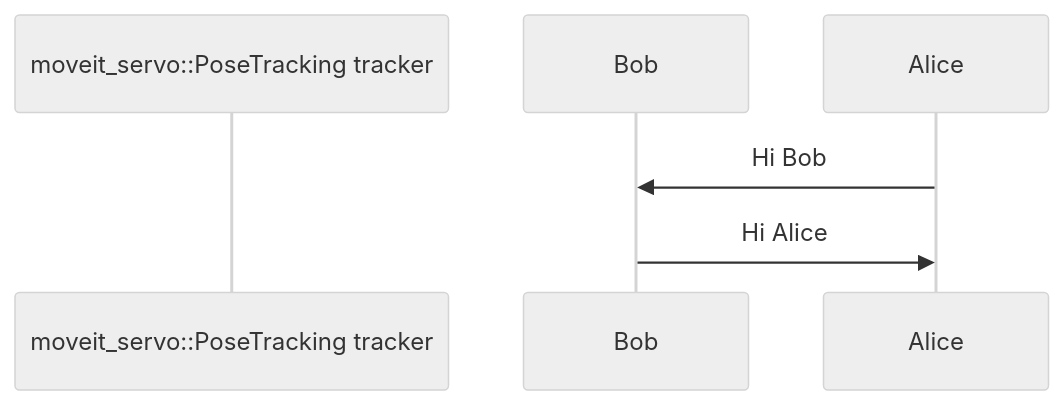
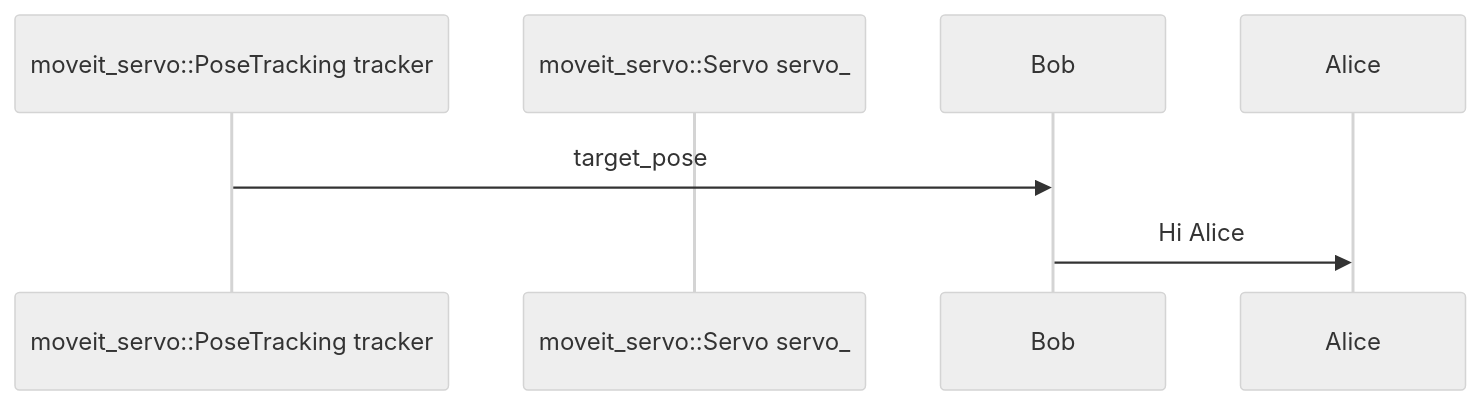
The first of 2 diagrams in docs/day3-4.md (kemjensak/isaac_sim_tutorial), drawn with Mermaid (neutral theme) before and after one commit. The commit also changed other lines of this file, not shown here.

````diff
--- a/docs/day3-4.md
+++ b/docs/day3-4.md
@@ -121,7 +121,7 @@
 ```mermaid 
 sequenceDiagram 
 	 participant A as moveit_servo::PoseTracking tracker
-	 participant Bob  
-	 Alice->>Bob: Hi Bob  
+	 participant B as moveit_servo::Servo servo_  
+	 A->>Bob: target_pose 
 	 Bob->>Alice: Hi Alice
 ```
````
